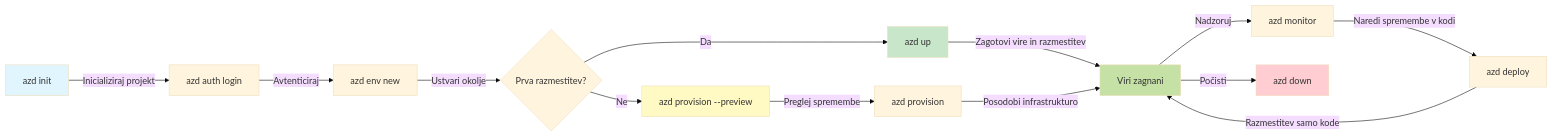
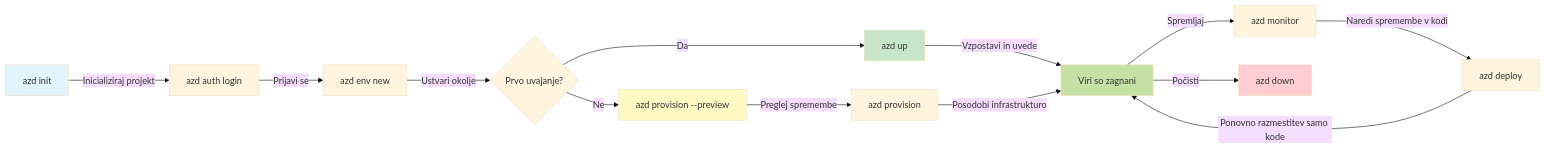
One commit to microsoft/AZD-for-beginners changed the first of 2 diagrams in translations/sl/docs/chapter-01-foundation/azd-basics.md. Above: the diagram before and after it, drawn with Mermaid (base theme). The commit also changed other lines of this file and 104 other files, not shown here.

````diff
--- a/translations/sl/docs/chapter-01-foundation/azd-basics.md
+++ b/translations/sl/docs/chapter-01-foundation/azd-basics.md
@@ -269,21 +269,21 @@
 ```mermaid
 graph LR
     A[azd init] -->|Inicializiraj projekt| B[azd auth login]
-    B -->|Avtenticiraj| C[azd env new]
-    C -->|Ustvari okolje| D{Prva razmestitev?}
+    B -->|Prijavi se| C[azd env new]
+    C -->|Ustvari okolje| D{Prvo uvajanje?}
     D -->|Da| E[azd up]
     D -->|Ne| F[azd provision --preview]
     F -->|Preglej spremembe| G[azd provision]
-    E -->|Zagotovi vire in razmestitev| H[Viri zagnani]
+    E -->|Vzpostavi in uvede| H[Viri so zagnani]
     G -->|Posodobi infrastrukturo| H
-    H -->|Nadzoruj| I[azd monitor]
+    H -->|Spremljaj| I[azd monitor]
     I -->|Naredi spremembe v kodi| J[azd deploy]
-    J -->|Razmestitev samo kode| H
+    J -->|Ponovno razmestitev samo kode| H
     H -->|Počisti| K[azd down]
     
     style A fill:#e1f5fe
     style E fill:#c8e6c9
     style F fill:#fff9c4
     style H fill:#c5e1a5
     style K fill:#ffcdd2
 ```
````
